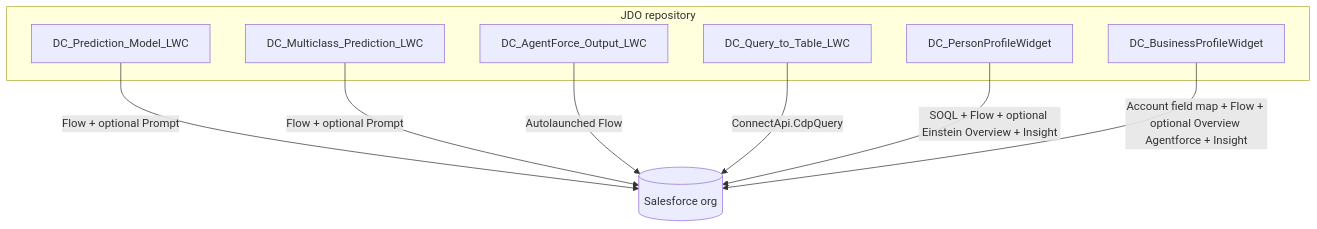
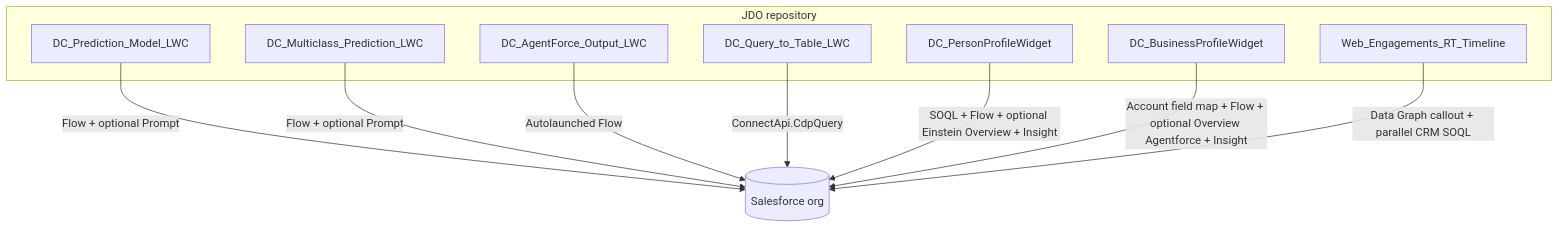
The diagram in docs/MONOREPO_OVERVIEW.md (josers18/JDO), drawn with Mermaid before and after one commit. The commit also changed other lines of this file and 10 other files, not shown here.

First line of the commit message:
docs: refresh all docs to reflect post-revamp Web_Engagements_RT_Timeline

````diff
--- a/docs/MONOREPO_OVERVIEW.md
+++ b/docs/MONOREPO_OVERVIEW.md
@@ -7,17 +7,19 @@
 ```mermaid
 flowchart TB
     subgraph repo [JDO repository]
         P[DC_Prediction_Model_LWC]
         M[DC_Multiclass_Prediction_LWC]
         A[DC_AgentForce_Output_LWC]
         Q[DC_Query_to_Table_LWC]
         C[DC_PersonProfileWidget]
         B[DC_BusinessProfileWidget]
+        W[Web_Engagements_RT_Timeline]
     end
     P --> |Flow + optional Prompt| SF[(Salesforce org)]
     M --> |Flow + optional Prompt| SF
     A --> |Autolaunched Flow| SF
     Q --> |ConnectApi.CdpQuery| SF
     C --> |SOQL + Flow + optional Einstein Overview + Insight| SF
     B --> |Account field map + Flow + optional Overview Agentforce + Insight| SF
+    W --> |Data Graph callout + parallel CRM SOQL| SF
 ```
````
